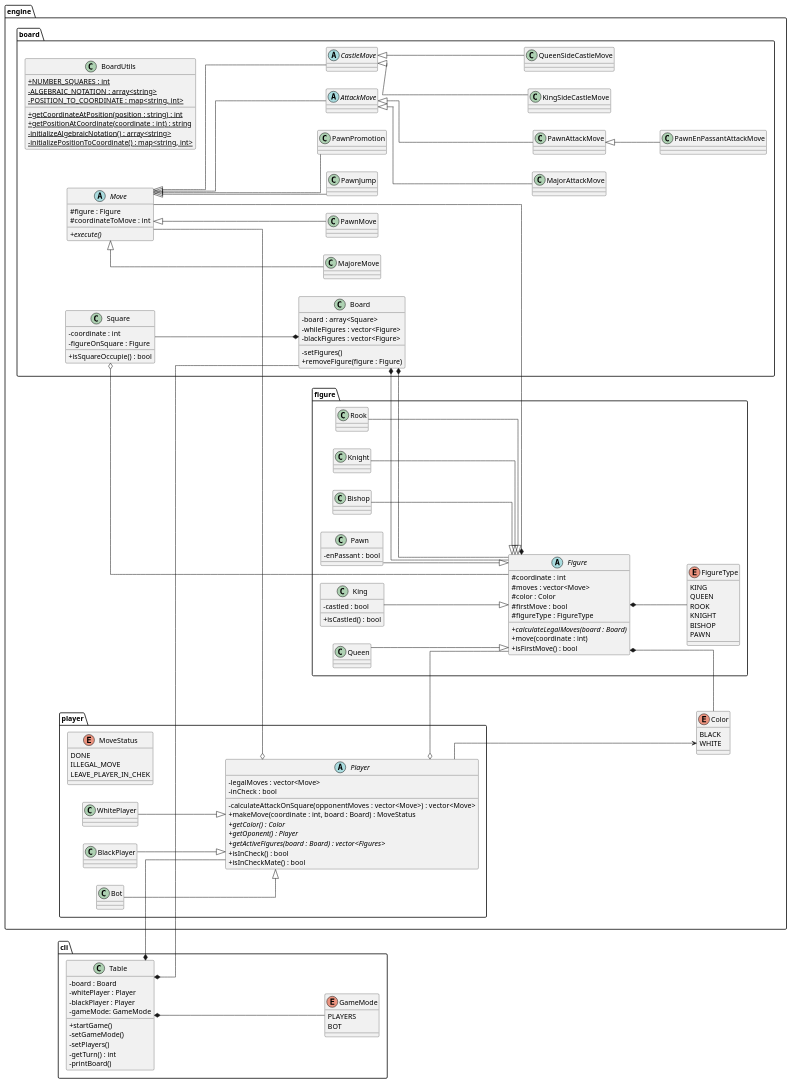
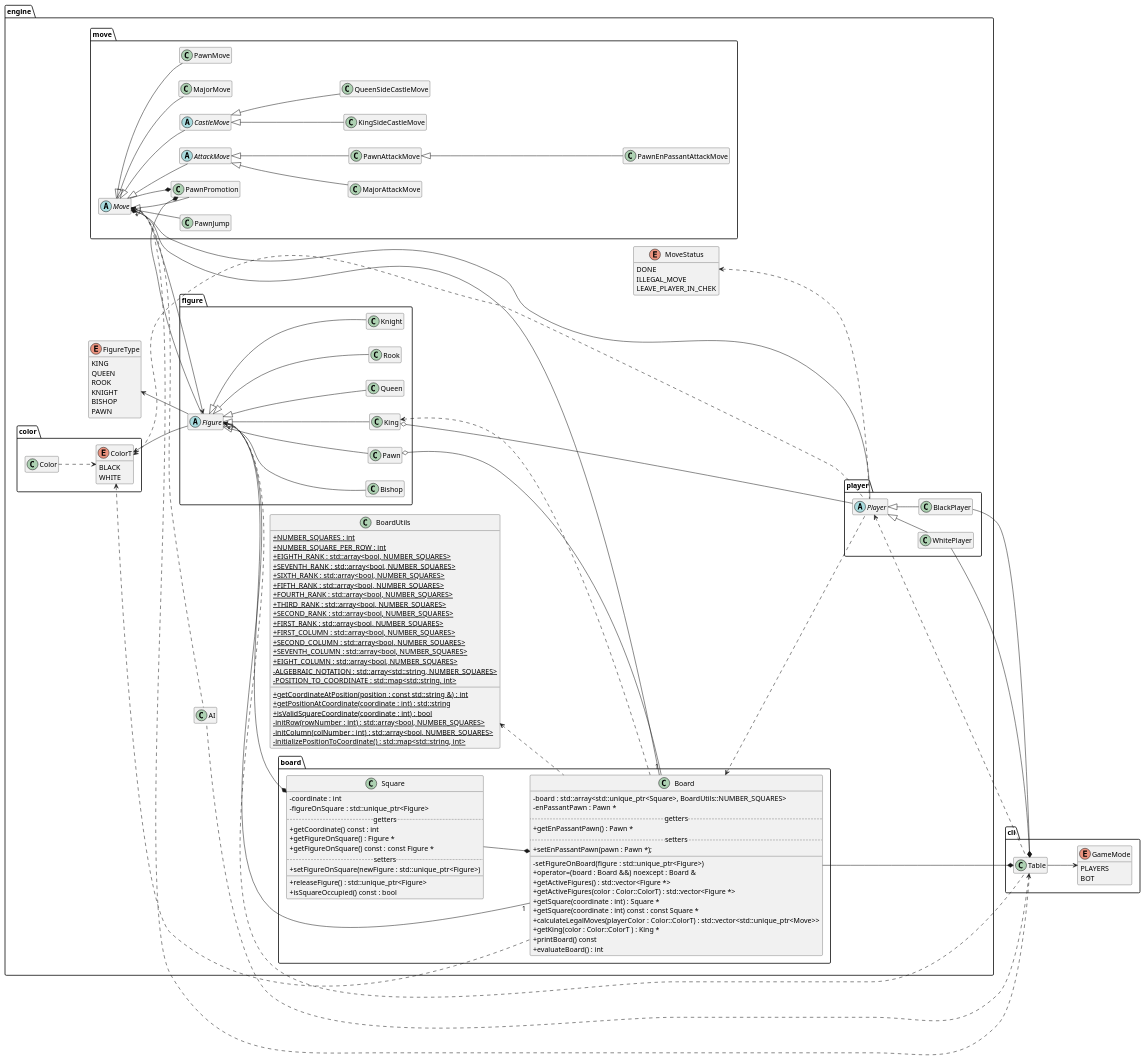
The diagram in uml/chess.puml (LordRenDS/Chess), drawn with PlantUML before and after one commit. The commit also changed 8 other files, not shown here.

```diff
--- a/uml/chess.puml
+++ b/uml/chess.puml
@@ -1,37 +1,49 @@
 @startuml Chess
 skinparam classAttributeIconSize 0
 left to right direction
-skinparam linetype ortho
+' skinparam linetype ortho
 
 package engine{
     package board{
-        class BoardUtils{
-            {static} +NUMBER_SQUARES : int
-            {static} -ALGEBRAIC_NOTATION : array<string>
-            {static} -POSITION_TO_COORDINATE : map<string, int>
-            {static} +getCoordinateAtPosition(position : string) : int
-            {static} +getPositionAtCoordinate(coordinate : int) : string
-            {static} -initializeAlgebraicNotation() : array<string>
-            {static} -initializePositionToCoordinate() : map<string, int>
+        class Square{
+            -coordinate : int
+            -figureOnSquare : std::unique_ptr<Figure>
+            ..getters..
+            +getCoordinate() const : int
+            +getFigureOnSquare() : Figure *
+            +getFigureOnSquare() const : const Figure *
+            ..setters..
+            +setFigureOnSquare(newFigure : std::unique_ptr<Figure>)
+            __
+            +releaseFigure() : std::unique_ptr<Figure>
+            +isSquareOccupied() const : bool
         }
         class Board{
-            -board : array<Square>
-            -whileFigures : vector<Figure>
-            -blackFigures : vector<Figure>
-            -setFigures()
-            +removeFigure(figure : Figure)
+            -board : std::array<std::unique_ptr<Square>, BoardUtils::NUMBER_SQUARES>
+            -enPassantPawn : Pawn *
+            ..getters..
+            +getEnPassantPawn() : Pawn *
+            ..setters..
+            +setEnPassantPawn(pawn : Pawn *);
+            __
+            -setFigureOnBoard(figure : std::unique_ptr<Figure>)
+            +operator=(board : Board &&) noexcept : Board &
+            +getActiveFigures() : std::vector<Figure *>
+            +getActiveFigures(color : Color::ColorT) : std::vector<Figure *>
+            +getSquare(coordinate : int) : Square *
+            +getSquare(coordinate : int) const : const Square *
+            +calculateLegalMoves(playerColor : Color::ColorT) : std::vector<std::unique_ptr<Move>>
+            +getKing(color : Color::ColorT ) : King *
+            +printBoard() const
+            +evaluateBoard() : int
         }
-        class Square{
-            -coordinate : int
-            -figureOnSquare : Figure
-            +isSquareOccupie() : bool
-        }
-        abstract class Move{
-            #figure : Figure
-            #coordinateToMove : int
-            {abstract} +execute()
-        }
-        class MajoreMove
+
+        Square --* Board
+    }
+
+    package move{
+        abstract class Move{}
+        class MajorMove
         class PawnMove
         class PawnJump
         class PawnPromotion
@@ -42,8 +54,8 @@
         abstract class CastleMove
         class KingSideCastleMove
         class QueenSideCastleMove
-        Square --* Board
-        Move <|-- MajoreMove
+
+        Move <|-- MajorMove
         Move <|-- PawnMove
         Move <|-- PawnJump
         Move <|-- PawnPromotion
@@ -57,81 +69,126 @@
     }
 
     package figure{
-        enum FigureType{
-            KING
-            QUEEN
-            ROOK
-            KNIGHT
-            BISHOP
-            PAWN
-        }
-        abstract class Figure{
-            #coordinate : int
-            #moves : vector<Move>
-            #color : Color
-            #firstMove : bool
-            #figureType : FigureType
-            {abstract} +calculateLegalMoves(board : Board)
-            +move(coordinate : int)
-            +isFirstMove() : bool
-        }
-        class King{
-            -castled : bool
-            +isCastled() : bool
-        }
+        abstract class Figure{}
+        class King{}
         class Queen
         class Rook
         class Knight
         class Bishop
-        class Pawn{
-            -enPassant : bool
-        }
-        Figure *-- FigureType
-        King --|> Figure
-        Queen --|> Figure
-        Rook --|> Figure
-        Knight --|> Figure
-        Bishop --|> Figure
-        Pawn --|> Figure
+        class Pawn{}
+
+        Figure <|-- King
+        Figure <|-- Queen
+        Figure <|-- Rook
+        Figure <|-- Knight
+        Figure <|-- Bishop
+        Figure <|-- Pawn
     }
 
-    Move --*  Figure
-    Figure --* Board
-
     package player{
-        enum MoveStatus{
-            DONE
-            ILLEGAL_MOVE
-            LEAVE_PLAYER_IN_CHEK
-        }
-        abstract class Player{
-            -legalMoves : vector<Move>
-            -inCheck : bool
-            -calculateAttackOnSquare(opponentMoves : vector<Move>) : vector<Move>
-            +makeMove(coordinate : int, board : Board) : MoveStatus
-            {abstract} +getColor() : Color
-            {abstract} +getOponent() : Player
-            {abstract} +getActiveFigures(board : Board) : vector<Figures>
-            +isInCheck() : bool
-            +isInCheckMate() : bool
-        }
+        abstract class Player{}
         class WhitePlayer
         class BlackPlayer
-        class Bot
-        WhitePlayer --|> Player
-        BlackPlayer --|> Player
-        Bot --|> Player
+
+        Player <|-- WhitePlayer
+        Player <|-- BlackPlayer
     }
-    Move --o Player
-    enum Color{
-        BLACK
-        WHITE
+
+    class BoardUtils{
+        {static} +NUMBER_SQUARES : int
+        {static} +NUMBER_SQUARE_PER_ROW : int
+        {static} +EIGHTH_RANK : std::array<bool, NUMBER_SQUARES>
+        {static} +SEVENTH_RANK : std::array<bool, NUMBER_SQUARES>
+        {static} +SIXTH_RANK : std::array<bool, NUMBER_SQUARES>
+        {static} +FIFTH_RANK : std::array<bool, NUMBER_SQUARES>
+        {static} +FOURTH_RANK : std::array<bool, NUMBER_SQUARES>
+        {static} +THIRD_RANK : std::array<bool, NUMBER_SQUARES>
+        {static} +SECOND_RANK : std::array<bool, NUMBER_SQUARES>
+        {static} +FIRST_RANK : std::array<bool, NUMBER_SQUARES>
+        {static} +FIRST_COLUMN : std::array<bool, NUMBER_SQUARES>
+        {static} +SECOND_COLUMN : std::array<bool, NUMBER_SQUARES>
+        {static} +SEVENTH_COLUMN : std::array<bool, NUMBER_SQUARES>
+        {static} +EIGHT_COLUMN : std::array<bool, NUMBER_SQUARES>
+        {static} -ALGEBRAIC_NOTATION : std::array<std::string, NUMBER_SQUARES>
+        {static} -POSITION_TO_COORDINATE : std::map<std::string, int>
+
+        {static} +getCoordinateAtPosition(position : const std::string &) : int
+        {static} +getPositionAtCoordinate(coordinate : int) : std::string
+        {static} +isValidSquareCoordinate(coordinate : int) : bool
+        {static} -initRow(rowNumber : int) : std::array<bool, NUMBER_SQUARES>
+        {static} -initColumn(colNumber : int) : std::array<bool, NUMBER_SQUARES>
+        {static} -initializePositionToCoordinate() : std::map<std::string, int>
     }
-    Figure *-- Color
-    Square o-- Figure
-    Board *-- Figure
-    Player o-- Figure
-    Player --> Color
+    enum FigureType{
+        KING
+        QUEEN
+        ROOK
+        KNIGHT
+        BISHOP
+        PAWN
+    }
+    enum MoveStatus{
+        DONE
+        ILLEGAL_MOVE
+        LEAVE_PLAYER_IN_CHEK
+    }
+    package color{
+        class Color{}
+        enum ColorT{
+            BLACK
+            WHITE
+        }
+        Color ..> ColorT
+    }
+    class AI{}
+
+    Figure <--* Square
+
+    BoardUtils <.. Board
+    Pawn o-- Board
+    King <.. Board
+    Figure "*" -- "1" Board
+    color.ColorT <.. Board
+
+    color.ColorT <-- Figure
+    FigureType <-- Figure
+
+    Move o--> Figure
+    Board "1" -- "*" Move
+    PawnPromotion *-- Move
+    PawnPromotion *-- Figure
+
+    Board <.. Player
+    Move *-- Player
+    King o-- Player
+    color.ColorT <.. Player
+    MoveStatus <.. Player
+
+    Move <.. AI
+
+    ' FigureType <.. Board
+    ' FigureType <.. Player
+
+    ' color <.. figure
+    ' color.Color <.. King
+    ' color.Color <.. Queen
+    ' color.Color <.. Bishop
+    ' color.Color <.. Knight
+    ' color.Color <.. Rook
+    ' color.Color <.. Pawn
+
+    ' MoveStatus <.. AI
+
+    ' Move <.. AI
+    ' Move <.. Board
+    ' Move *-- Player
+
+    ' Square <.. King
+    ' Square <.. Queen
+    ' Square <.. Bishop
+    ' Square <.. Knight
+    ' Square <.. Rook
+    ' Square <.. Pawn
 }
 
 package cli{
@@ -139,20 +196,19 @@
         PLAYERS
         BOT
     }
-    class Table{
-        -board : Board
-        -whitePlayer : Player
-        -blackPlayer : Player
-        -gameMode: GameMode
-        +startGame()
-        -setGameMode()
-        -setPlayers()
-        -getTurn() : int
-        -printBoard()
-    }
-    Table *--GameMode
+    class Table{}
+
+    Table --> GameMode
 }
 
-Table *-- Board
-Table *-- Player
+Board --* Table
+WhitePlayer --* Table
+BlackPlayer --* Table
+Move <.. Table
+Figure <.. Table
+Player <.. Table
+Table <.. AI
+
+hide empty member
+' hide member
 @enduml
```
